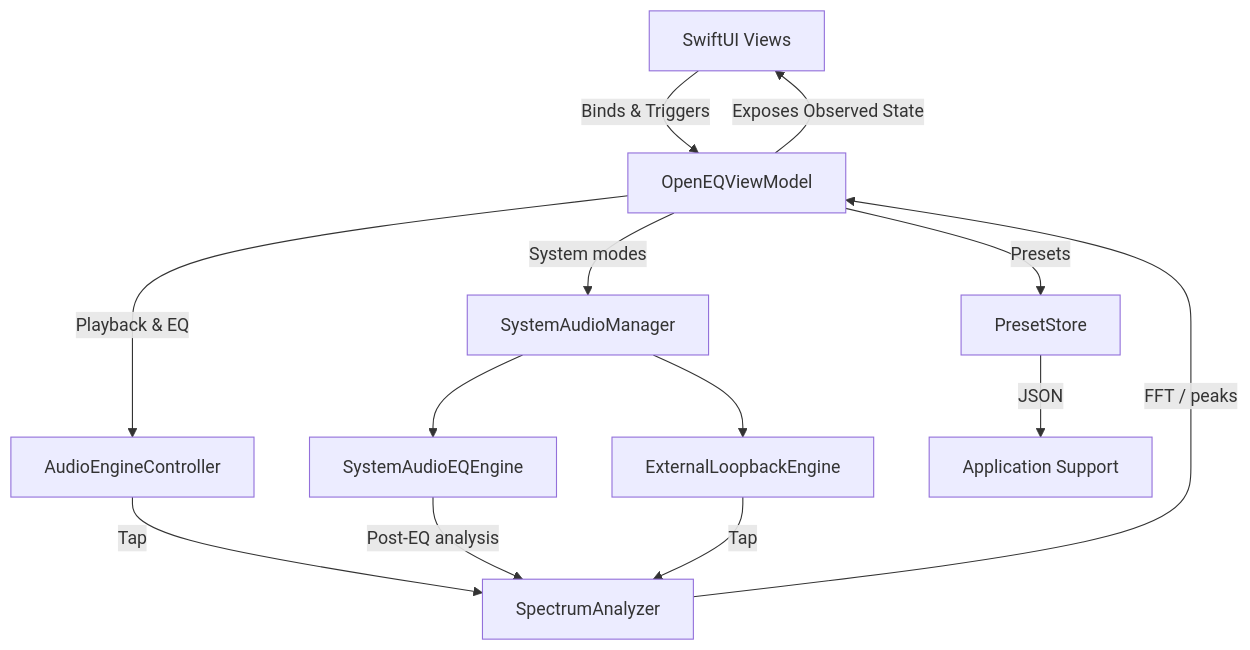
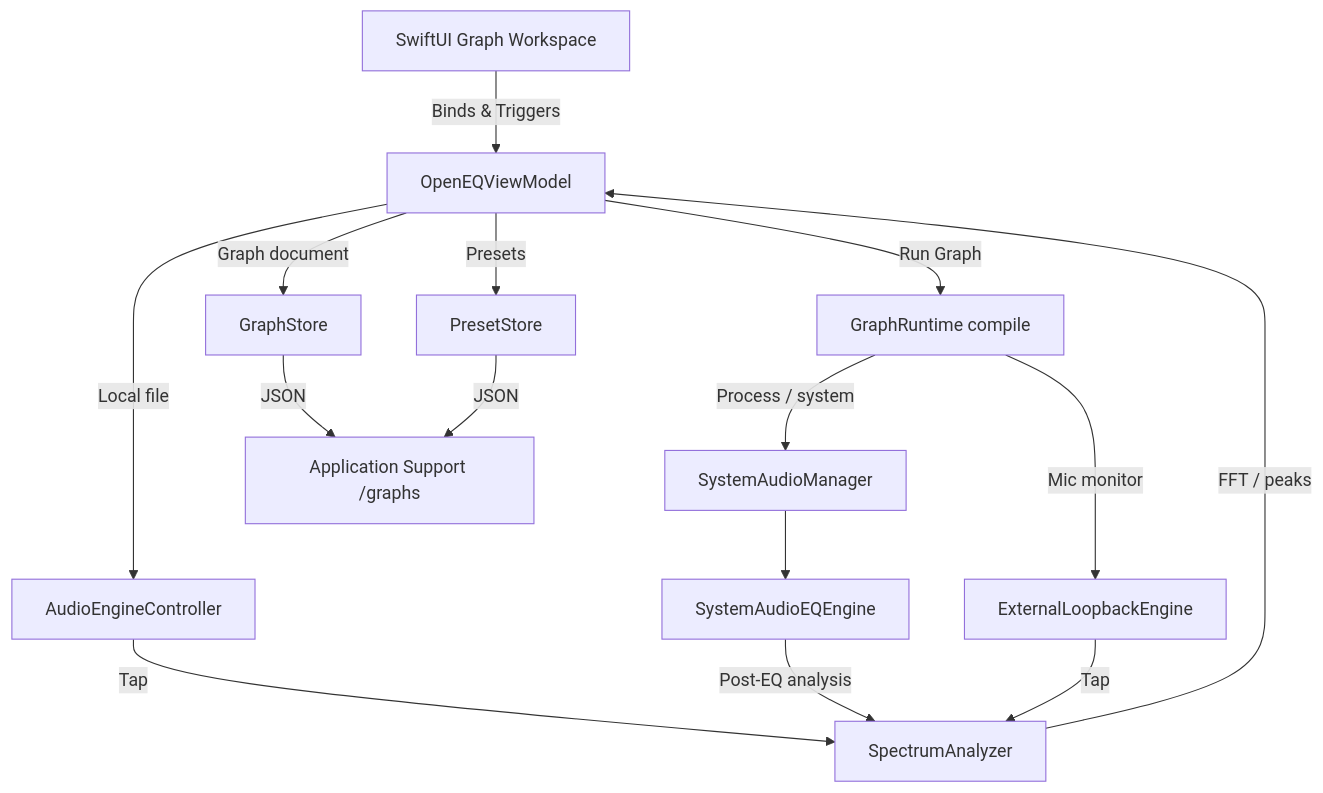
The diagram in docs/architecture.md (oznksc/OpenEQ), drawn with Mermaid before and after one commit. The commit also changed other lines of this file and 30 other files, not shown here.

````diff
--- a/docs/architecture.md
+++ b/docs/architecture.md
@@ -5,15 +5,17 @@
 ```mermaid
 graph TD
-    A[SwiftUI Views] -->|Binds & Triggers| B[OpenEQViewModel]
-    B -->|Exposes Observed State| A
-    B -->|Playback & EQ| C[AudioEngineController]
-    B -->|System modes| S[SystemAudioManager]
+    A[SwiftUI Graph Workspace] -->|Binds & Triggers| B[OpenEQViewModel]
+    B -->|Graph document| G[GraphStore]
+    B -->|Run Graph| R[GraphRuntime compile]
+    R -->|Process / system| S[SystemAudioManager]
+    R -->|Mic monitor| L[ExternalLoopbackEngine]
+    B -->|Local file| C[AudioEngineController]
     S --> T[SystemAudioEQEngine]
-    S --> L[ExternalLoopbackEngine]
     C -->|Tap| D[SpectrumAnalyzer]
     T -->|Post-EQ analysis| D
     L -->|Tap| D
     D -->|FFT / peaks| B
     B -->|Presets| E[PresetStore]
-    E -->|JSON| F[Application Support]
+    G -->|JSON| F[Application Support /graphs]
+    E -->|JSON| F
 ```
````
